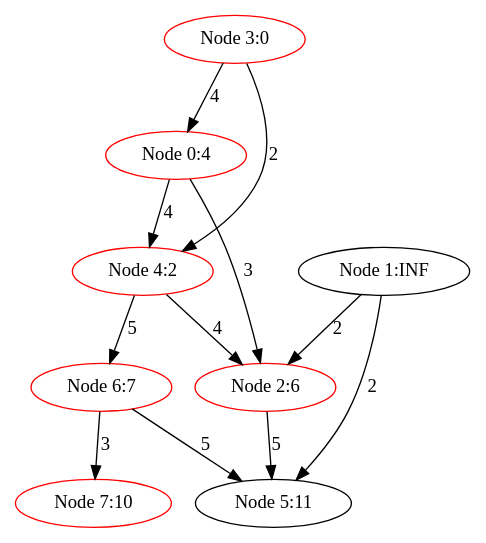
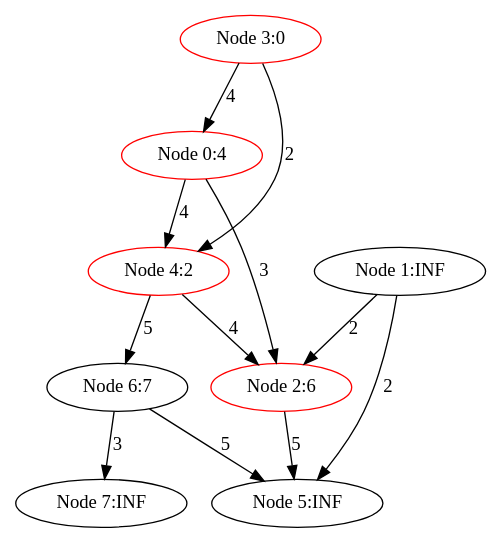
One commit to sheisc/COMP9024 changed the diagram in Graphs/Dijkstra/images/DijkstraDirected_0006.dot. Above: the diagram before and after it, drawn with Graphviz. The commit also changed 44 other files, not shown here.

Commit message:
Upate Graphs/Dijkstra

```diff
--- a/Graphs/Dijkstra/images/DijkstraDirected_0006.dot
+++ b/Graphs/Dijkstra/images/DijkstraDirected_0006.dot
@@ -1,21 +1,21 @@
 digraph DijkstraDirected {
 "Node 0:4" -> {"Node 2:6"} [label="3"]
 "Node 0:4" -> {"Node 4:2"} [label="4"]
 "Node 1:INF" -> {"Node 2:6"} [label="2"]
-"Node 1:INF" -> {"Node 5:11"} [label="2"]
-"Node 2:6" -> {"Node 5:11"} [label="5"]
+"Node 1:INF" -> {"Node 5:INF"} [label="2"]
+"Node 2:6" -> {"Node 5:INF"} [label="5"]
 "Node 3:0" -> {"Node 0:4"} [label="4"]
 "Node 3:0" -> {"Node 4:2"} [label="2"]
 "Node 4:2" -> {"Node 2:6"} [label="4"]
 "Node 4:2" -> {"Node 6:7"} [label="5"]
-"Node 6:7" -> {"Node 5:11"} [label="5"]
-"Node 6:7" -> {"Node 7:10"} [label="3"]
+"Node 6:7" -> {"Node 5:INF"} [label="5"]
+"Node 6:7" -> {"Node 7:INF"} [label="3"]
 "Node 0:4" [color=red]
 "Node 1:INF"
 "Node 2:6" [color=red]
 "Node 3:0" [color=red]
 "Node 4:2" [color=red]
-"Node 5:11"
-"Node 6:7" [color=red]
-"Node 7:10" [color=red]
+"Node 5:INF"
+"Node 6:7"
+"Node 7:INF"
 }
```
